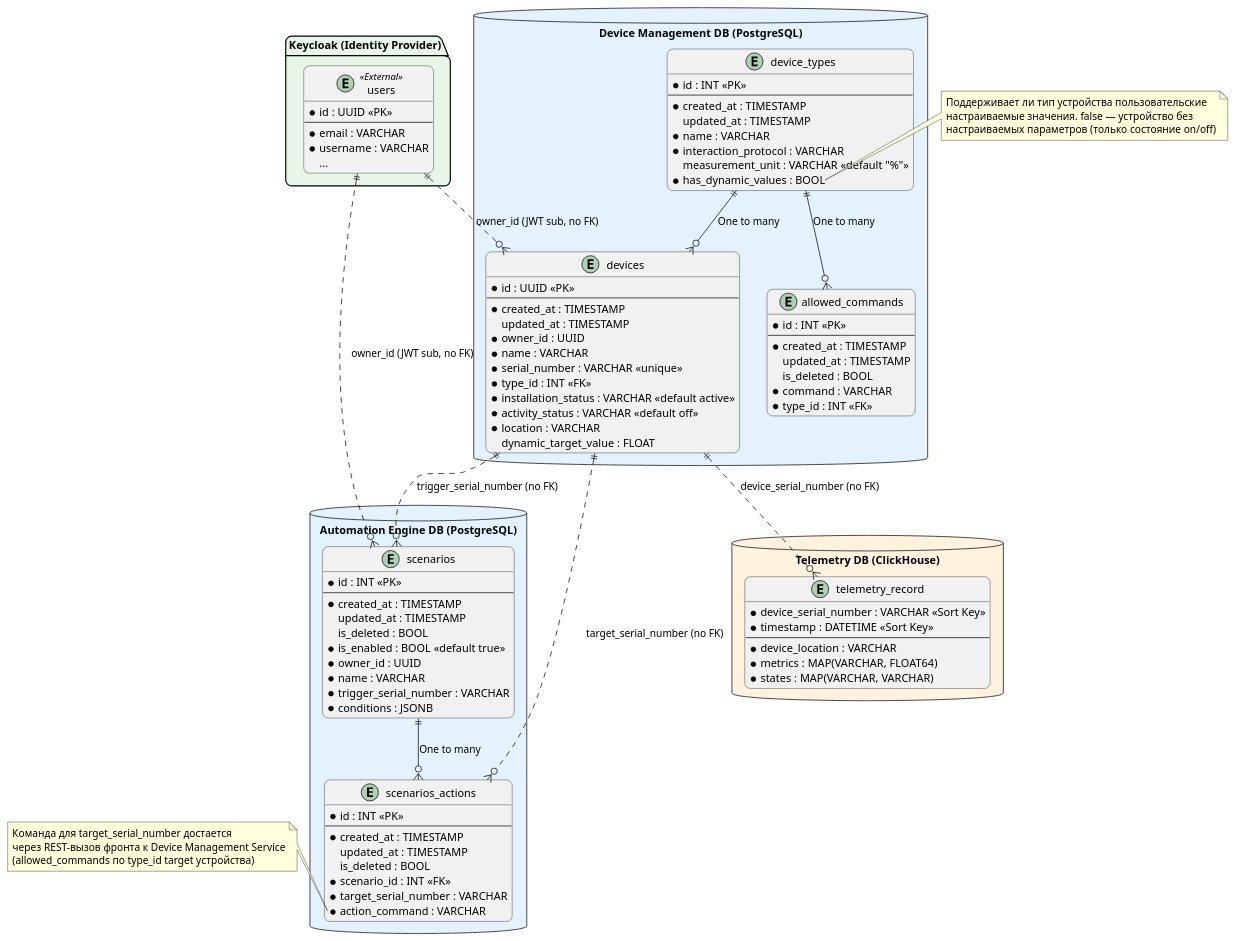
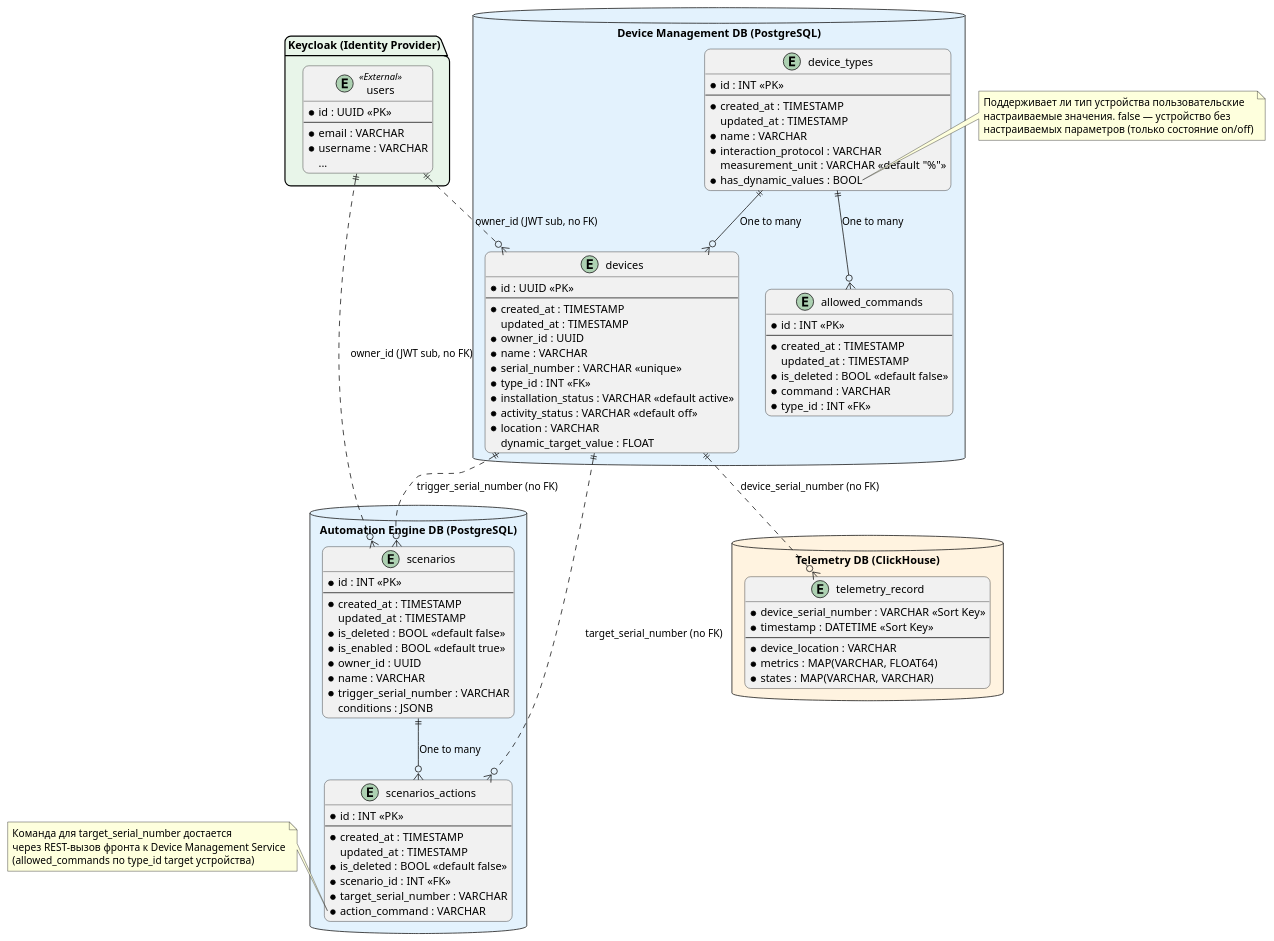
Before and after one commit to Nikilandgelo/architecture-pro-warmhouse: the diagram in schemas/task_3/ER.puml, drawn with PlantUML.

Commit message:
refactor: import er diagram

```diff
--- a/schemas/task_3/ER.puml
+++ b/schemas/task_3/ER.puml
@@ -1,121 +1,121 @@
 @startuml
 skinparam roundcorner 15
 
 package "Keycloak (Identity Provider)" #E8F5E9 {
     entity "users" as users <<External>> {
         * id : UUID <<PK>>
         --
         * email : VARCHAR
         * username : VARCHAR
         ...
     }
 }
 
 
 database "Device Management DB (PostgreSQL)" #E3F2FD {
 
     entity "allowed_commands" as allowed_commands {
       * id : INT <<PK>>
       --
       * created_at : TIMESTAMP
       updated_at : TIMESTAMP
-      is_deleted : BOOL
+      * is_deleted : BOOL <<default false>>
       * command : VARCHAR
       * type_id : INT <<FK>>
     }
 
     entity "device_types" as device_types {
       * id : INT <<PK>>
       --
       * created_at : TIMESTAMP
       updated_at : TIMESTAMP
       * name : VARCHAR
       * interaction_protocol : VARCHAR
       measurement_unit : VARCHAR <<default "%">>
       * has_dynamic_values : BOOL
     }
 
     entity "devices" as devices {
       * id : UUID <<PK>>
       --
       * created_at : TIMESTAMP
       updated_at : TIMESTAMP
       * owner_id : UUID
       * name : VARCHAR
       * serial_number : VARCHAR <<unique>>
       * type_id : INT <<FK>>
       * installation_status : VARCHAR <<default active>>
       * activity_status : VARCHAR <<default off>>
       * location : VARCHAR
       dynamic_target_value : FLOAT
     }
 }
 
 
 database "Automation Engine DB (PostgreSQL)" #E3F2FD {
 
     entity "scenarios" as scenarios {
           * id : INT <<PK>>
           --
           * created_at : TIMESTAMP
           updated_at : TIMESTAMP
-          is_deleted : BOOL
+          * is_deleted : BOOL <<default false>>
           * is_enabled : BOOL <<default true>>
           * owner_id : UUID
           * name : VARCHAR
           * trigger_serial_number : VARCHAR
-          * conditions : JSONB
+          conditions : JSONB
         }
 
     entity "scenarios_actions" as scenarios_actions {
         * id : INT <<PK>>
         --
         * created_at : TIMESTAMP
         updated_at : TIMESTAMP
-        is_deleted : BOOL
+        * is_deleted : BOOL <<default false>>
         * scenario_id : INT <<FK>>
         * target_serial_number : VARCHAR
         * action_command : VARCHAR
     }
 }
 
 
 database "Telemetry DB (ClickHouse)" #FFF3E0 {
 
     entity "telemetry_record" as telemetry_record {
         * device_serial_number : VARCHAR <<Sort Key>>
         * timestamp : DATETIME <<Sort Key>>
         --
         * device_location : VARCHAR
         * metrics : MAP(VARCHAR, FLOAT64)
         * states : MAP(VARCHAR, VARCHAR)
     }
 }
 
 
 device_types ||--o{ devices : "One to many"
 device_types ||--o{ allowed_commands : "One to many"
 scenarios ||--o{ scenarios_actions : "One to many"
 
 users ||..o{ devices : "owner_id (JWT sub, no FK)"
 users ||..o{ scenarios : "owner_id (JWT sub, no FK)"
 
 devices ||..o{ telemetry_record : "device_serial_number (no FK)"
 devices ||..o{ scenarios_actions : "target_serial_number (no FK)"
 devices ||..o{ scenarios : "trigger_serial_number (no FK)"
 
 
 note left of scenarios_actions::action_command
     Команда для target_serial_number достается
     через REST-вызов фронта к Device Management Service
     (allowed_commands по type_id target устройства)
 end note
 
 
 note right of device_types::has_dynamic_values
   Поддерживает ли тип устройства пользовательские
   настраиваемые значения. false — устройство без
   настраиваемых параметров (только состояние on/off)
 end note
 
 @enduml
```
